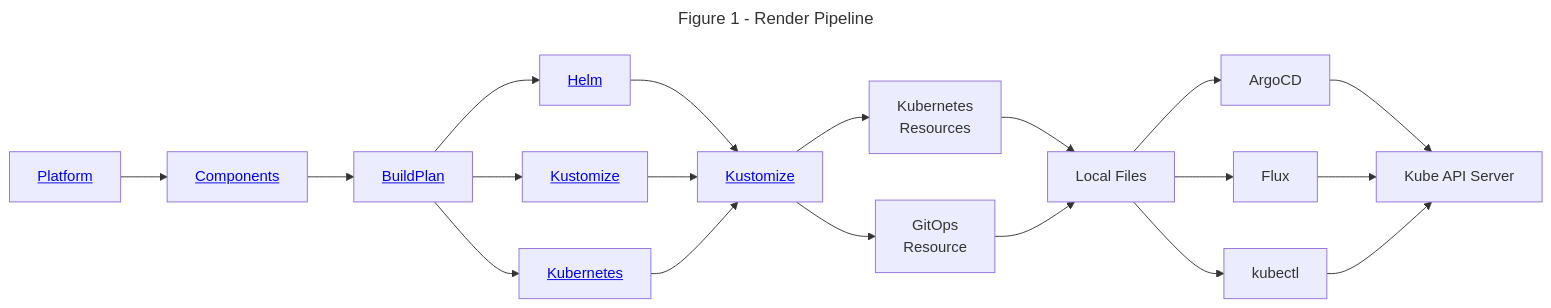
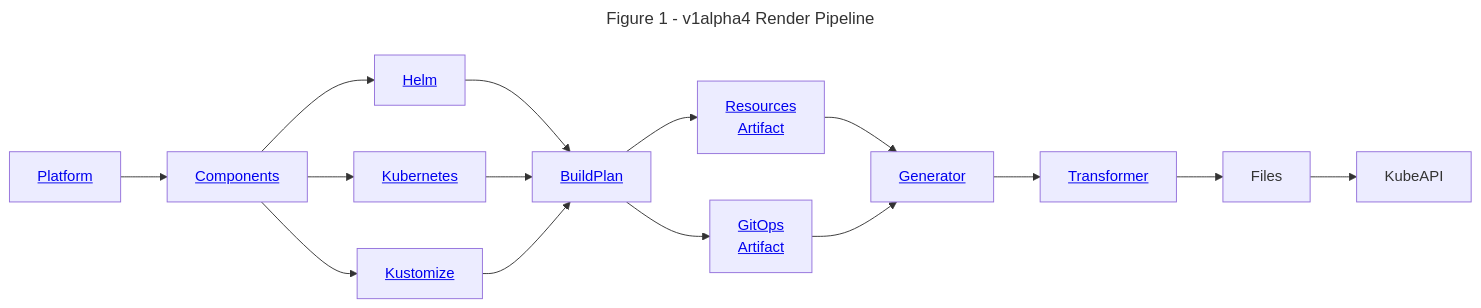
One commit to holos-run/holos changed the diagram in doc/md/technical-overview.md. Above: the diagram before and after it, drawn with Mermaid. The commit also changed other lines of this file and 2 other files, not shown here.

First line of the commit message:
v1alpha4: update technical overview guide (#280)

````diff
--- a/doc/md/technical-overview.md
+++ b/doc/md/technical-overview.md
@@ -46,32 +46,30 @@
 ```mermaid
 ---
-title: Figure 1 - Render Pipeline
+title: Figure 1 - v1alpha4 Render Pipeline
 ---
 graph LR
-    PS[<a href="/docs/api/author/v1alpha3/#Platform">Platform</a>]
-    HC[<a href="/docs/api/author/v1alpha3/#ComponentFields">Components</a>]
-    BP[<a href="/docs/api/core/v1alpha3#BuildPlan">BuildPlan</a>]
+    Platform[<a href="/docs/api/author/v1alpha4/#Platform">Platform</a>]
+    Component[<a href="/docs/api/author/v1alpha4/#ComponentConfig">Components</a>]
 
-    H[<a href="/docs/api/author/v1alpha3/#Helm">Helm</a>]
-    K[<a href="/docs/api/author/v1alpha3/#Kustomize">Kustomize</a>]
-    O[<a href="/docs/api/author/v1alpha3/#Kubernetes">Kubernetes</a>]
+    Helm[<a href="/docs/api/author/v1alpha4/#Helm">Helm</a>]
+    Kustomize[<a href="/docs/api/author/v1alpha4/#Kustomize">Kustomize</a>]
+    Kubernetes[<a href="/docs/api/author/v1alpha4/#Kubernetes">Kubernetes</a>]
 
-    P[<a href="/docs/api/core/v1alpha3#Kustomize">Kustomize</a>]
-    Y[Kubernetes <br/>Resources]
-    G[GitOps <br/>Resource]
-    FS[Local Files]
+    BuildPlan[<a href="/docs/api/core/v1alpha4/#buildplan">BuildPlan</a>]
 
-    C[Kube API Server]
+    ResourcesArtifact[<a href="/docs/api/core/v1alpha4/#artifact">Resources<br/>Artifact</a>]
+    GitOpsArtifact[<a href="/docs/api/core/v1alpha4/#artifact">GitOps<br/>Artifact</a>]
 
-    PS --> HC --> BP
-    BP --> H --> P
-    BP --> K --> P
-    BP --> O --> P
+    Generator[<a href="/docs/api/core/v1alpha4/#generators">Generator</a>]
+    Transformer[<a href="/docs/api/core/v1alpha4/#transformer">Transformer</a>]
 
-    P --> Y --> FS
-    P --> G --> FS
+    Platform --> Component
+    Component --> Helm --> BuildPlan
+    Component --> Kubernetes --> BuildPlan
+    Component --> Kustomize --> BuildPlan
 
-    FS --> ArgoCD --> C
-    FS --> Flux --> C
-    FS --> kubectl --> C
+    BuildPlan --> ResourcesArtifact --> Generator
+    BuildPlan --> GitOpsArtifact --> Generator
+
+    Generator --> Transformer --> Files --> KubeAPI
 ```
````
